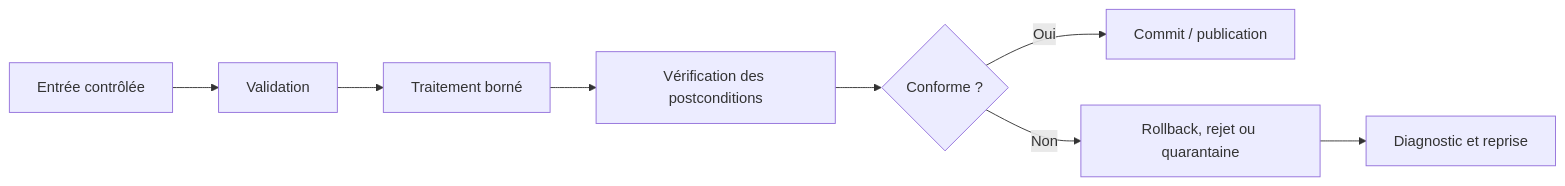
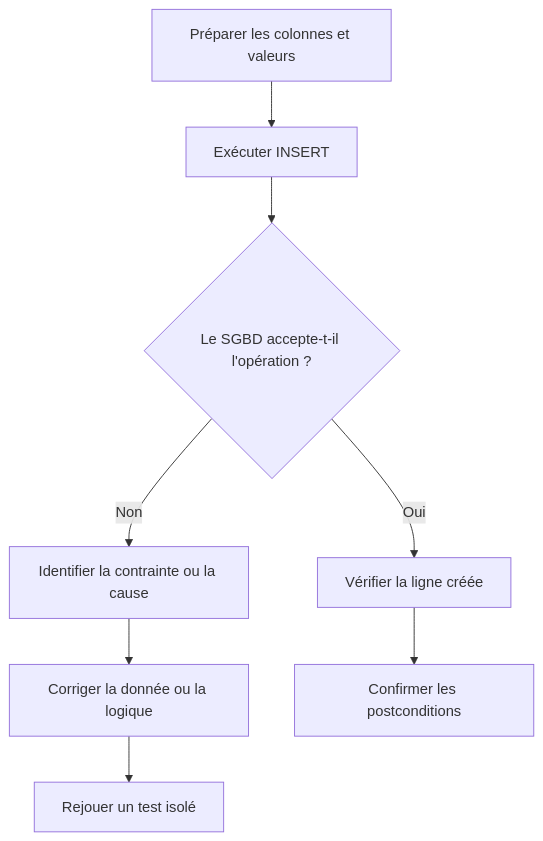
Before and after one commit to biggyseven/Skill-Tree: the fourth of 6 diagrams in content/lessons/data-sql-1-debutant.md, drawn with Mermaid. The commit also changed other lines of this file, not shown here.

Commit message:
docs(data): write comprehensive beginner SQL SELECT and INSERT lesson

````diff
--- a/content/lessons/data-sql-1-debutant.md
+++ b/content/lessons/data-sql-1-debutant.md
@@ -112,10 +524,10 @@
-```mermaid
-flowchart LR
-    S["Entrée contrôlée"] --> V["Validation"]
-    V --> T["Traitement borné"]
-    T --> Q["Vérification des postconditions"]
-    Q --> R{"Conforme ?"}
-    R -- "Oui" --> C["Commit / publication"]
-    R -- "Non" --> X["Rollback, rejet ou quarantaine"]
-    X --> I["Diagnostic et reprise"]
-```
+~~~mermaid
+flowchart TD
+    A["Préparer les colonnes et valeurs"] --> B["Exécuter INSERT"]
+    B --> C{"Le SGBD accepte-t-il l'opération ?"}
+    C -->|Oui| D["Vérifier la ligne créée"]
+    C -->|Non| E["Identifier la contrainte ou la cause"]
+    E --> F["Corriger la donnée ou la logique"]
+    F --> G["Rejouer un test isolé"]
+    D --> H["Confirmer les postconditions"]
+~~~
````
